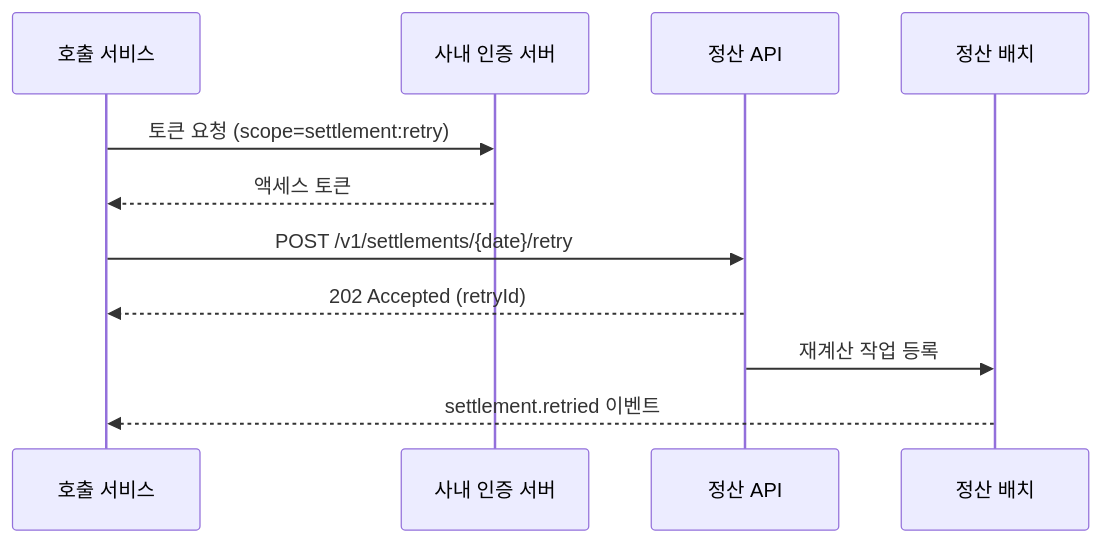
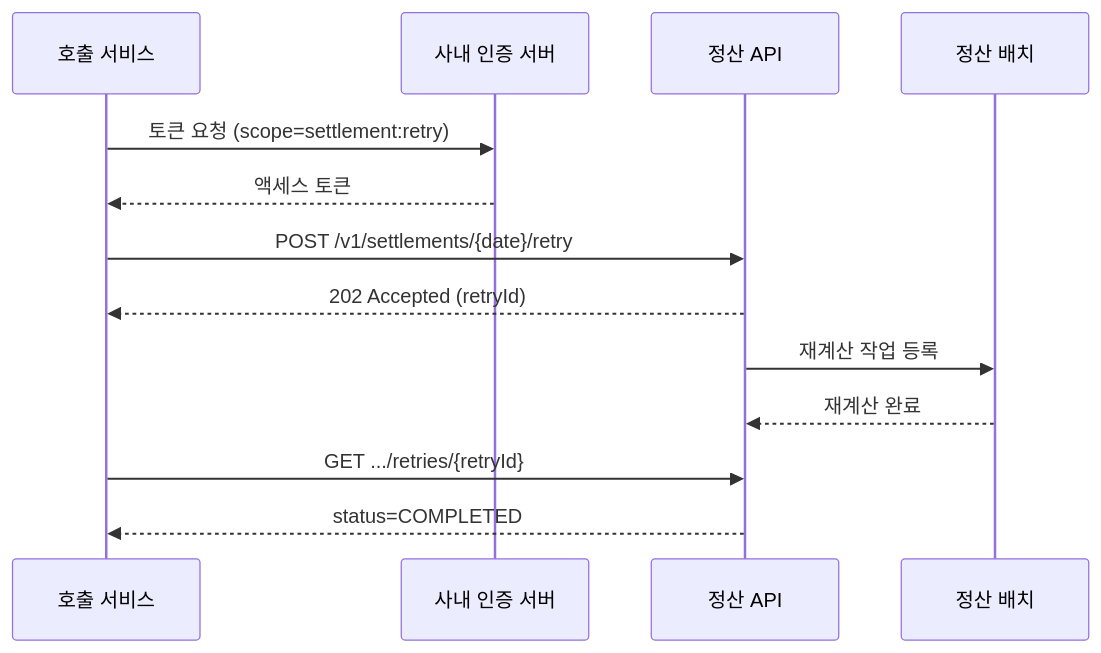
The diagram in skills/tech-writer/references/exemplars/reference.md (nyjin/skills), drawn with Mermaid before and after one commit. The commit also changed other lines of this file and 8 other files, not shown here.

````diff
--- a/skills/tech-writer/references/exemplars/reference.md
+++ b/skills/tech-writer/references/exemplars/reference.md
@@ -31,13 +53,15 @@
 ```mermaid
 sequenceDiagram
   participant C as 호출 서비스
   participant A as 사내 인증 서버
   participant S as 정산 API
   participant B as 정산 배치
   C->>A: 토큰 요청 (scope=settlement:retry)
   A-->>C: 액세스 토큰
   C->>S: POST /v1/settlements/{date}/retry
   S-->>C: 202 Accepted (retryId)
   S->>B: 재계산 작업 등록
-  B-->>C: settlement.retried 이벤트
+  B-->>S: 재계산 완료
+  C->>S: GET .../retries/{retryId}
+  S-->>C: status=COMPLETED
 ```
````
